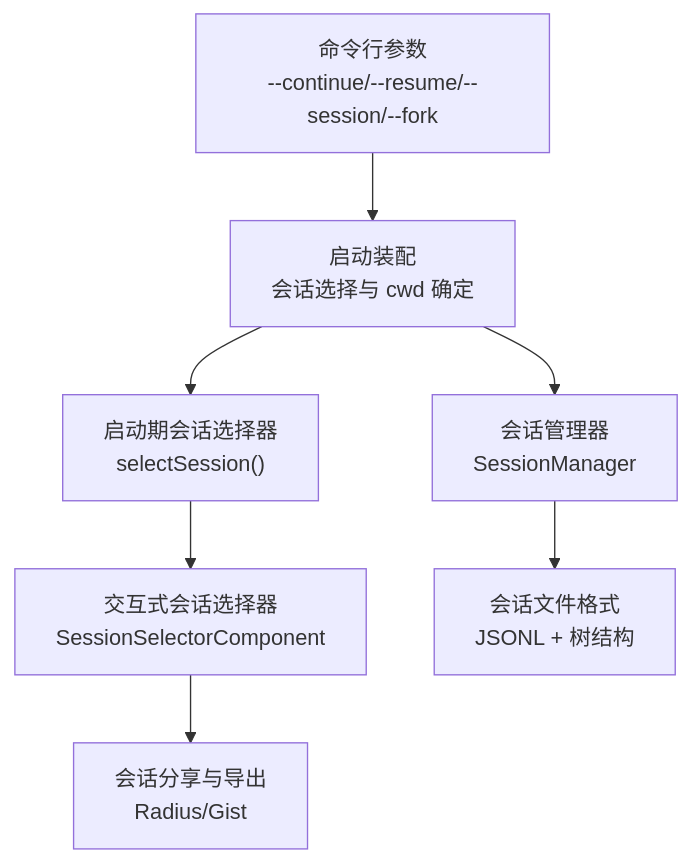
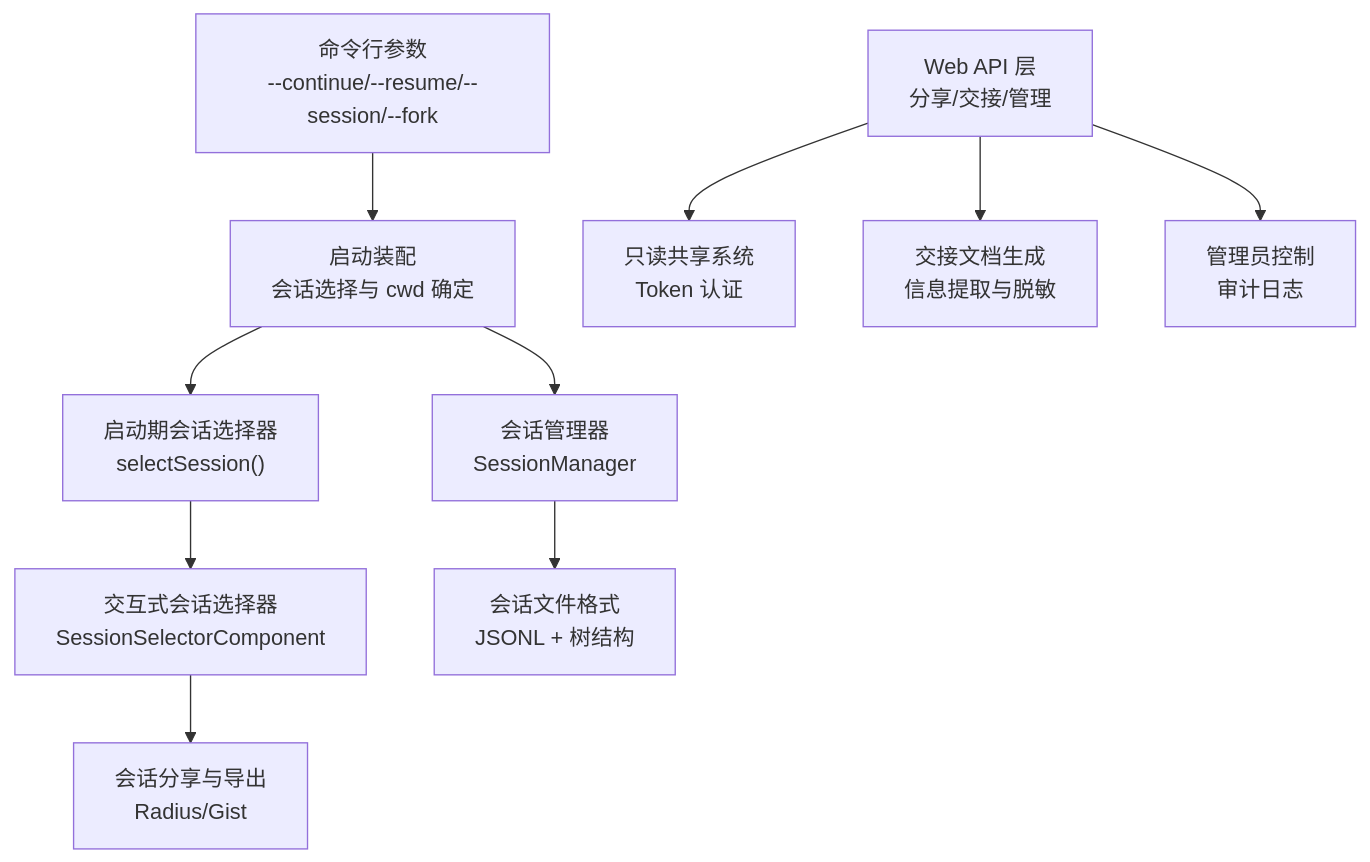
The first of 12 diagrams in .qoder/repowiki/zh/content/CLI 工具参考/会话管理.md (FDE-GROUP/oh-my-coding-agent), drawn with Mermaid before and after one commit. The commit also changed other lines of this file and 410 other files, not shown here.

````diff
--- a/.qoder/repowiki/zh/content/CLI 工具参考/会话管理.md
+++ b/.qoder/repowiki/zh/content/CLI 工具参考/会话管理.md
@@ -45,9 +68,12 @@
 ```mermaid
 graph TB
 CLI["命令行参数<br/>--continue/--resume/--session/--fork"] --> Boot["启动装配<br/>会话选择与 cwd 确定"]
 Boot --> Picker["启动期会话选择器<br/>selectSession()"]
 Picker --> Selector["交互式会话选择器<br/>SessionSelectorComponent"]
 Boot --> Manager["会话管理器<br/>SessionManager"]
 Manager --> Format["会话文件格式<br/>JSONL + 树结构"]
 Selector --> Share["会话分享与导出<br/>Radius/Gist"]
+WebAPI["Web API 层<br/>分享/交接/管理"] --> Shares["只读共享系统<br/>Token 认证"]
+WebAPI --> Handoff["交接文档生成<br/>信息提取与脱敏"]
+WebAPI --> Admin["管理员控制<br/>审计日志"]
 ```
````
